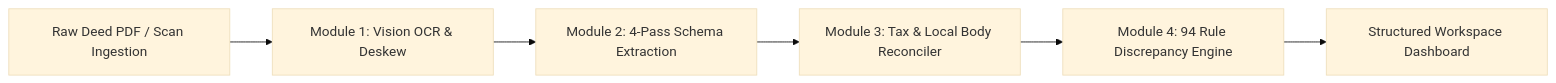
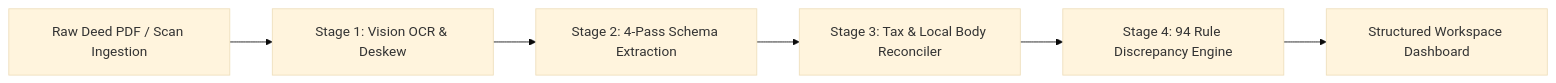
The diagram in README.md (AtharvaKhanvilkar/DelhiTSR), drawn with Mermaid (base theme) before and after one commit. The commit also changed other lines of this file, not shown here.

````diff
--- a/README.md
+++ b/README.md
@@ -41,8 +41,8 @@
 ```mermaid
 flowchart LR
-    A["Raw Deed PDF / Scan Ingestion"] --> B["Module 1: Vision OCR & Deskew"]
-    B --> C["Module 2: 4-Pass Schema Extraction"]
-    C --> D["Module 3: Tax & Local Body Reconciler"]
-    D --> E["Module 4: 94 Rule Discrepancy Engine"]
+    A["Raw Deed PDF / Scan Ingestion"] --> B["Stage 1: Vision OCR & Deskew"]
+    B --> C["Stage 2: 4-Pass Schema Extraction"]
+    C --> D["Stage 3: Tax & Local Body Reconciler"]
+    D --> E["Stage 4: 94 Rule Discrepancy Engine"]
     E --> F["Structured Workspace Dashboard"]
 ```
````
